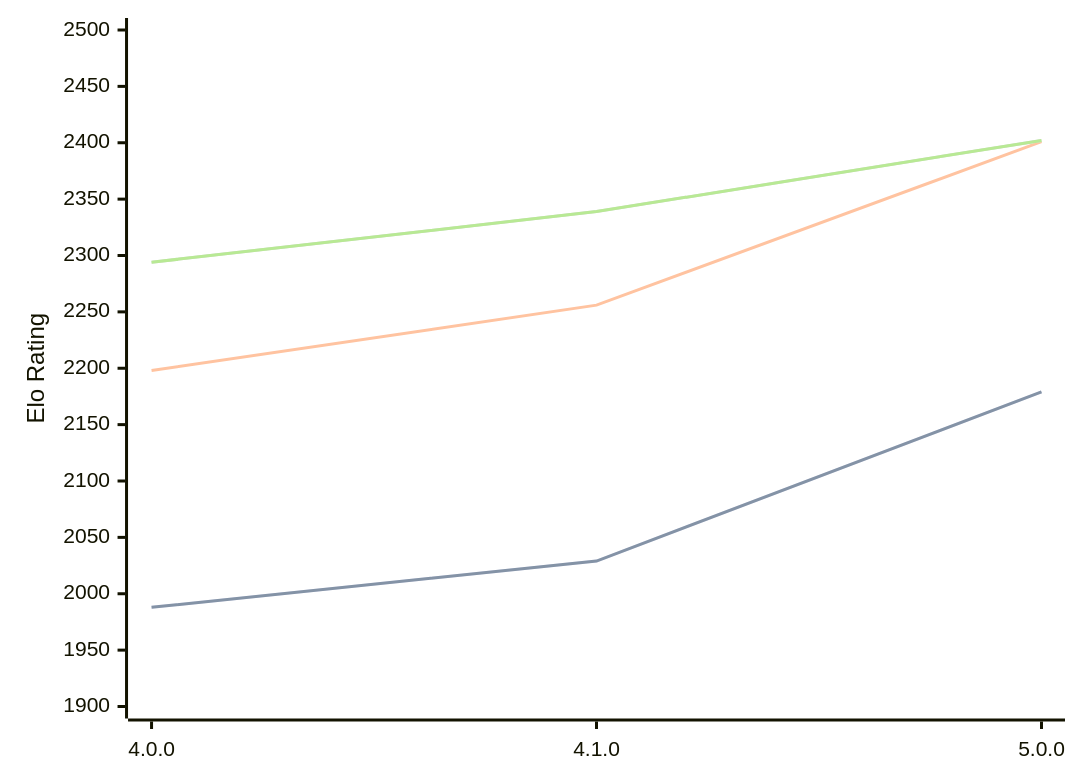
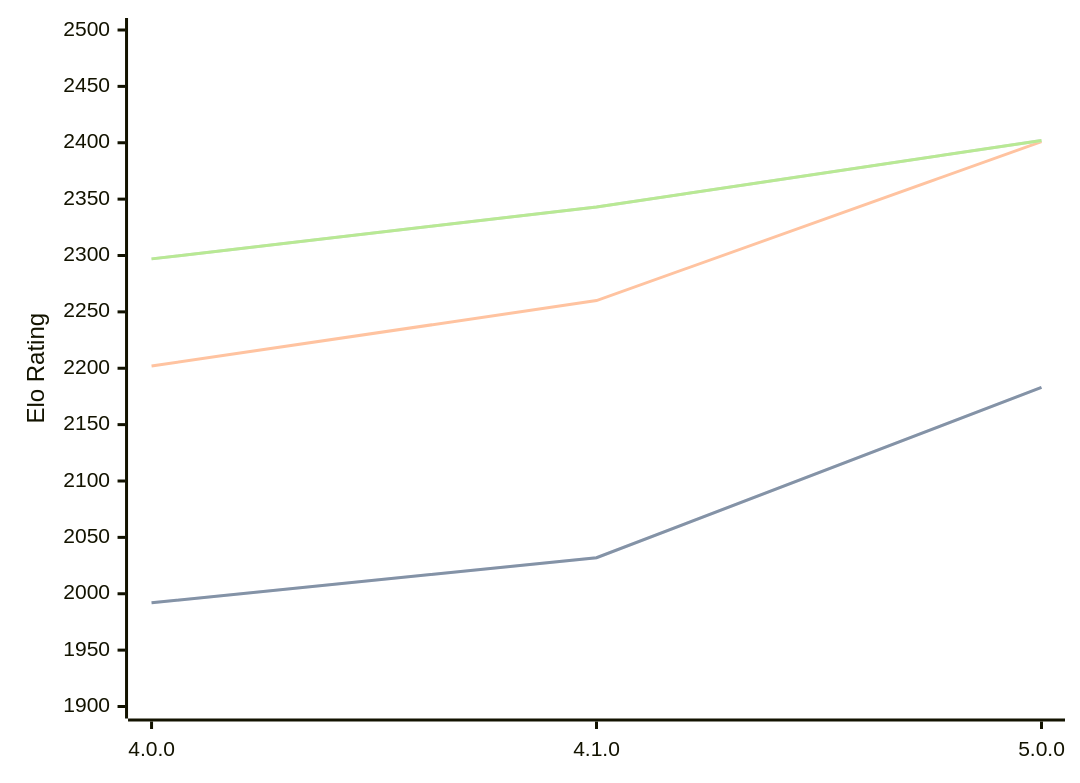
The diagram in engines/Aconcagua.md (computer-chess-index/cci), drawn with Mermaid before and after one commit. The commit also changed other lines of this file, not shown here.

Commit message:
Update CCI Ratings (ELO VLTC) - 2026-02-24

````diff
--- a/engines/Aconcagua.md
+++ b/engines/Aconcagua.md
@@ -39,11 +39,11 @@
 ```mermaid
 %%{init: {"theme":"base","themeVariables":{"seriesColors:['#a3a3a3','#222221','#faa371']}}}%%
 xychart-beta
   x-axis ["4.0.0", "4.1.0", "5.0.0"]
   y-axis "Elo Rating" 1900 --> 2500
-  line "STC (8.0+0.08s)" [1988, 2029, 2179]
-  line "STC (8.0+0.08s)" [1988, 2029, 2179]
-  line "LTC (60.0+0.60s)" [2198, 2256, 2401]
-  line "VLTC (2m24s+1.12s)" [2294, 2339, 2402]
-  line "VLTC (2m24s+1.12s)" [2294, 2339, 2402]
+  line "STC (8.0+0.08s)" [1992, 2032, 2183]
+  line "STC (8.0+0.08s)" [1992, 2032, 2183]
+  line "LTC (60.0+0.60s)" [2202, 2260, 2401]
+  line "VLTC (2m24s+1.12s)" [2297, 2343, 2402]
+  line "VLTC (2m24s+1.12s)" [2297, 2343, 2402]
 ```
````
